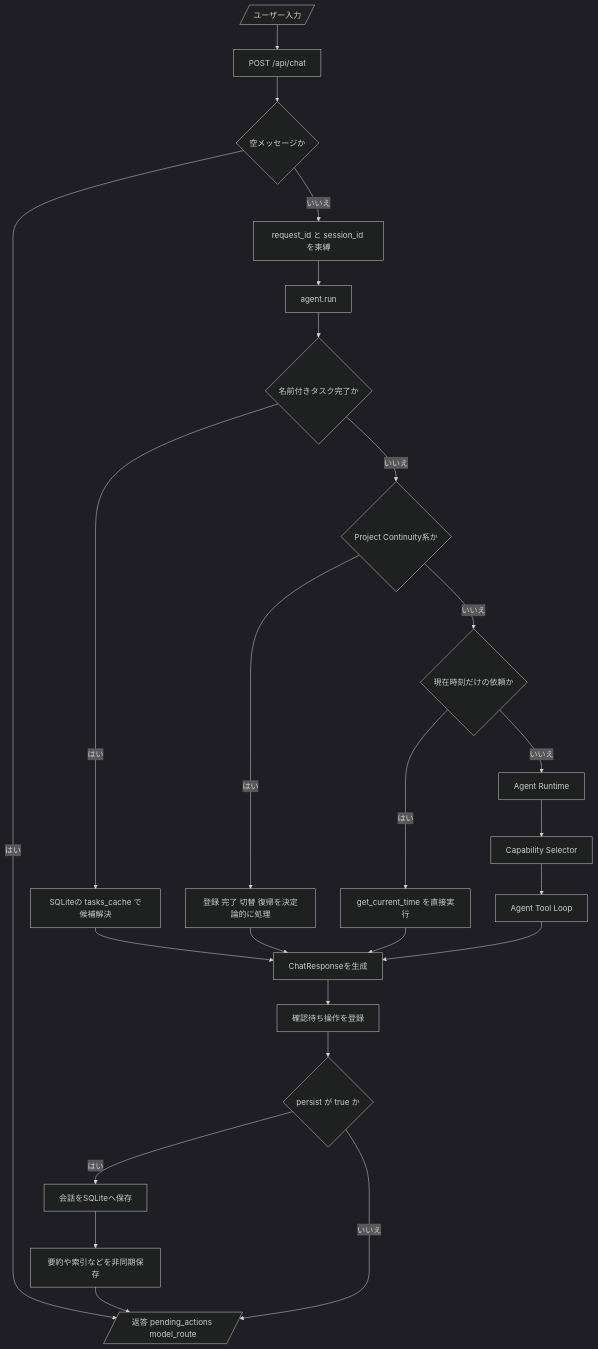
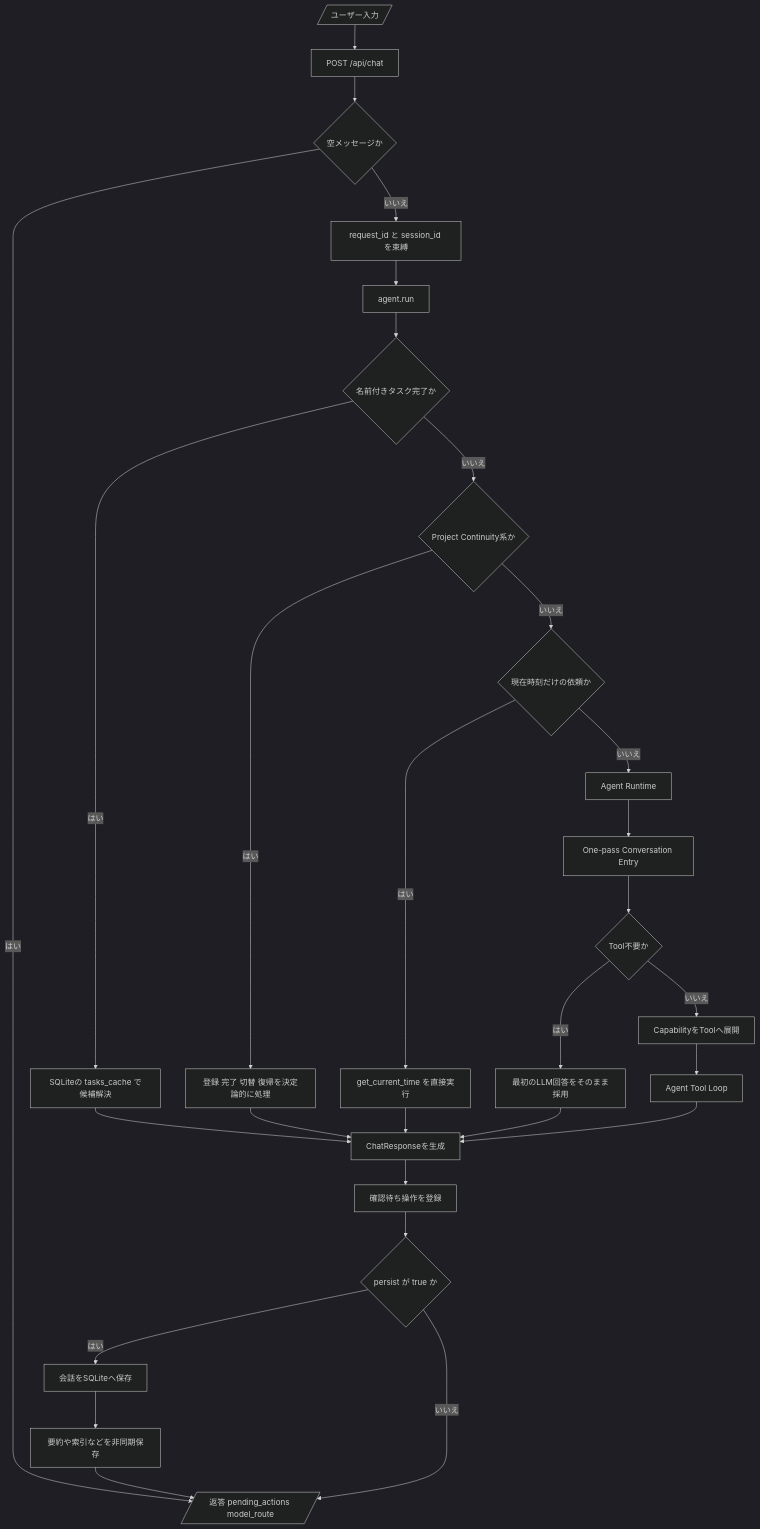
The first of 12 diagrams in docs/runtime-flows.md (Soso2e/PETIT), drawn with Mermaid (dark theme) before and after one commit. The commit also changed other lines of this file, not shown here.

Commit message:
docs: One-pass会話フローへ更新

````diff
--- a/docs/runtime-flows.md
+++ b/docs/runtime-flows.md
@@ -23,42 +22,45 @@
 ```mermaid
 flowchart TD
     input[/ユーザー入力/]
     api[POST /api/chat]
     validate{空メッセージか}
     bind[request_id と session_id を束縛]
     agentEntry[agent.run]
 
     namedTask{名前付きタスク完了か}
     namedTaskRoute[SQLiteの tasks_cache で候補解決]
-
     projectRoute{Project Continuity系か}
     projectHandle[登録 完了 切替 復帰を決定論的に処理]
-
     exactTime{現在時刻だけの依頼か}
     timeTool[get_current_time を直接実行]
 
     runtime[Agent Runtime]
-    capability[Capability Selector]
+    entry[One-pass Conversation Entry]
+    entryResult{Tool不要か}
+    directReply[最初のLLM回答をそのまま採用]
+    capability[CapabilityをToolへ展開]
     agentLoop[Agent Tool Loop]
 
     response[ChatResponseを生成]
     pending[確認待ち操作を登録]
     persist{persist が true か}
     save[会話をSQLiteへ保存]
     artifacts[要約や索引などを非同期保存]
     output[/返答 pending_actions model_route/]
 
     input --> api --> validate
     validate -->|はい| output
     validate -->|いいえ| bind --> agentEntry
     agentEntry --> namedTask
     namedTask -->|はい| namedTaskRoute --> response
     namedTask -->|いいえ| projectRoute
     projectRoute -->|はい| projectHandle --> response
     projectRoute -->|いいえ| exactTime
     exactTime -->|はい| timeTool --> response
-    exactTime -->|いいえ| runtime --> capability --> agentLoop --> response
+    exactTime -->|いいえ| runtime --> entry --> entryResult
+    entryResult -->|はい| directReply --> response
+    entryResult -->|いいえ| capability --> agentLoop --> response
     response --> pending --> persist
     persist -->|はい| save --> artifacts --> output
     persist -->|いいえ| output
 ```
````
